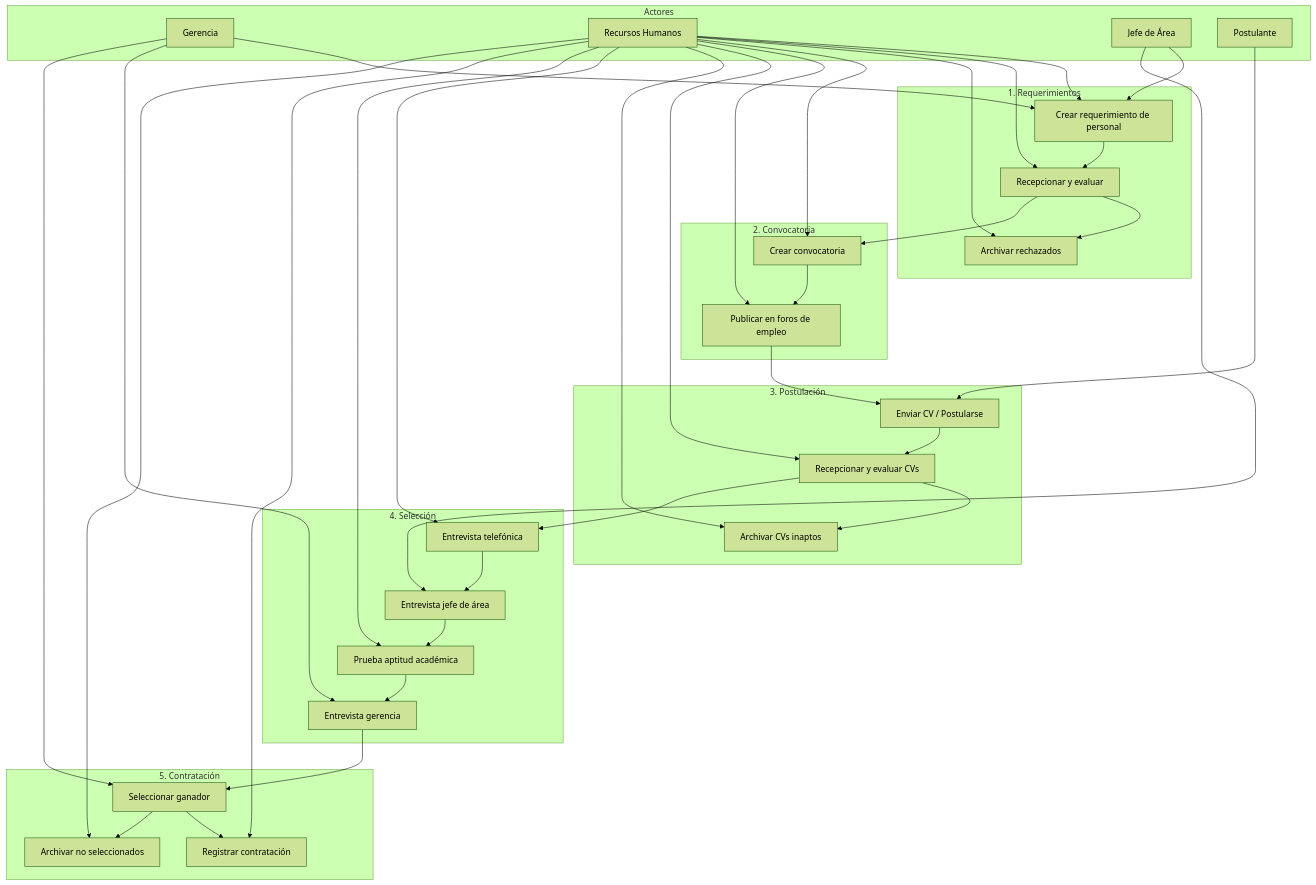
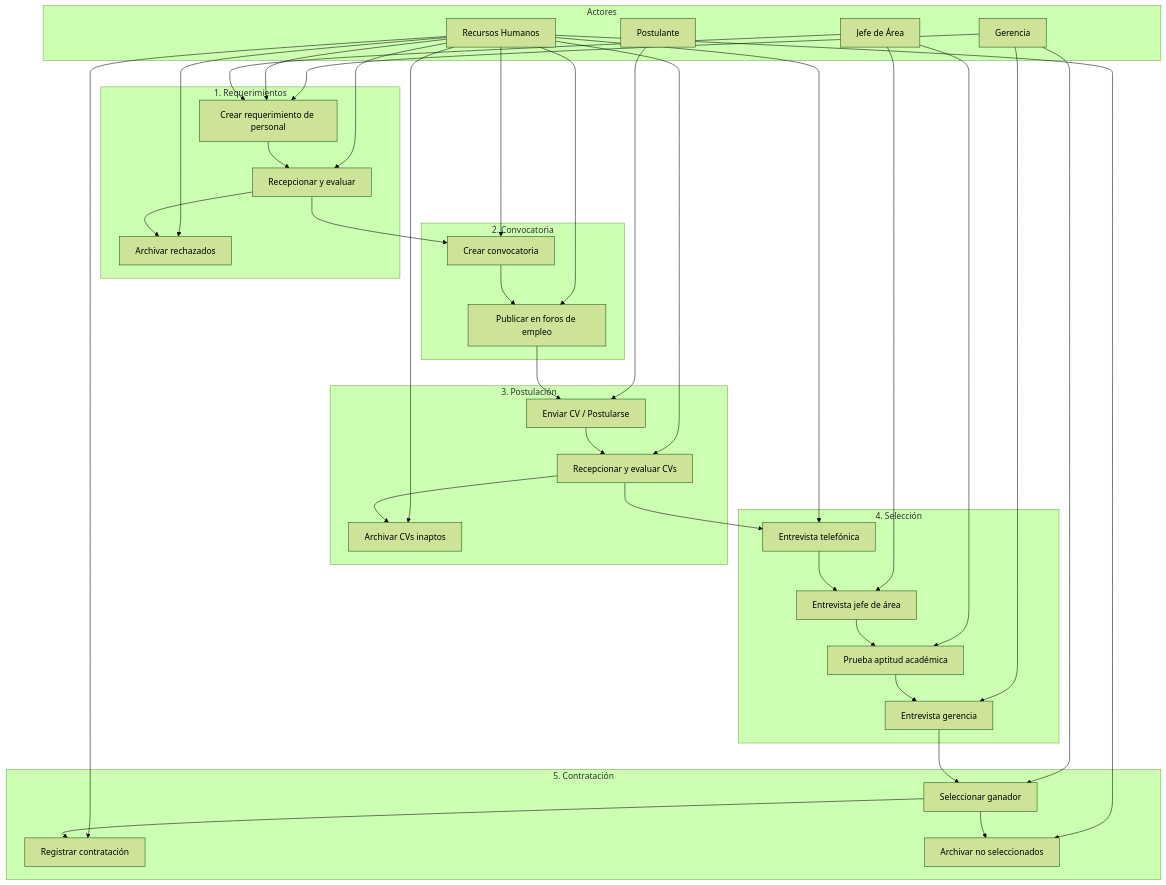
Before and after one commit to jefershon28/M.Convocatorias: the first of 2 diagrams in DIAGRAMA_CASOS_USO_MERMAID.md, drawn with Mermaid (forest theme). The commit also changed other lines of this file, not shown here.

````diff
--- a/DIAGRAMA_CASOS_USO_MERMAID.md
+++ b/DIAGRAMA_CASOS_USO_MERMAID.md
@@ -7,72 +44,72 @@
 ```mermaid
 flowchart TB
     subgraph Actores
         A1[Gerencia]
         A2[Recursos Humanos]
         A3[Jefe de Área]
         A4[Postulante]
     end
 
     subgraph Fase1["1. Requerimientos"]
         UC1[Crear requerimiento de personal]
         UC2[Recepcionar y evaluar]
         UC3[Archivar rechazados]
     end
 
     subgraph Fase2["2. Convocatoria"]
         UC4[Crear convocatoria]
         UC5[Publicar en foros de empleo]
     end
 
     subgraph Fase3["3. Postulación"]
         UC6[Enviar CV / Postularse]
         UC7[Recepcionar y evaluar CVs]
         UC8[Archivar CVs inaptos]
     end
 
     subgraph Fase4["4. Selección"]
         UC9[Entrevista telefónica]
         UC10[Entrevista jefe de área]
         UC11[Prueba aptitud académica]
         UC12[Entrevista gerencia]
     end
 
     subgraph Fase5["5. Contratación"]
         UC13[Seleccionar ganador]
         UC14[Registrar contratación]
         UC15[Archivar no seleccionados]
     end
 
     A1 --> UC1
     A1 --> UC12
     A1 --> UC13
     A2 --> UC1
     A2 --> UC2
     A2 --> UC3
     A2 --> UC4
     A2 --> UC5
     A2 --> UC7
     A2 --> UC8
     A2 --> UC9
-    A2 --> UC11
+    A3 --> UC11
     A2 --> UC14
     A2 --> UC15
     A3 --> UC1
     A3 --> UC10
     A4 --> UC6
 
     UC1 --> UC2
     UC2 --> UC3
     UC2 --> UC4
     UC4 --> UC5
     UC5 --> UC6
     UC6 --> UC7
     UC7 --> UC8
     UC7 --> UC9
     UC9 --> UC10
     UC10 --> UC11
     UC11 --> UC12
     UC12 --> UC13
     UC13 --> UC14
     UC13 --> UC15
 ```
````
